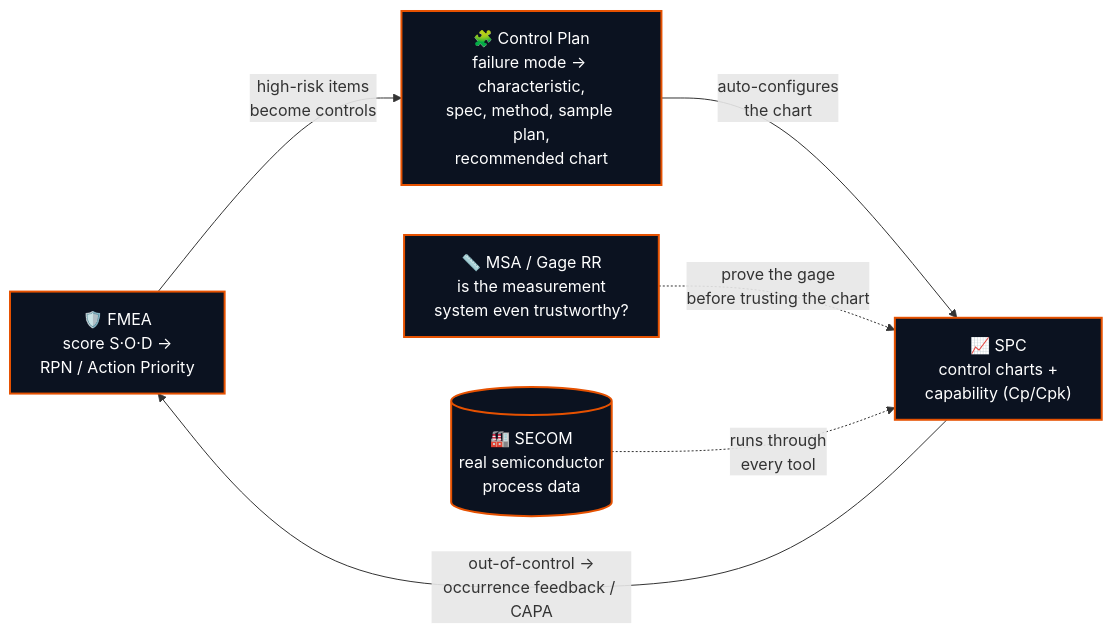
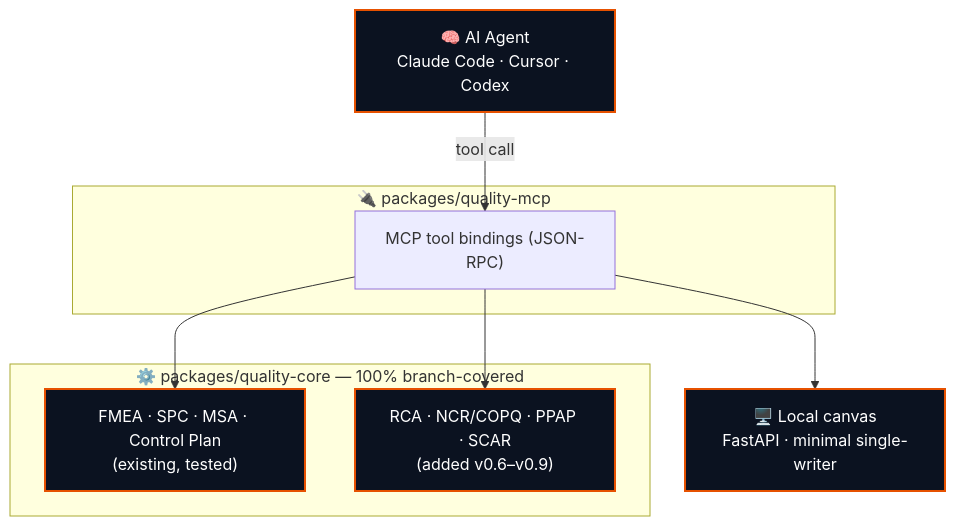
Before and after one commit to Siddardth7/quality-engineering-skills: the diagram in README.md, drawn with Mermaid. The commit also changed other lines of this file and 32 other files, not shown here.

````diff
--- a/README.md
+++ b/README.md
@@ -96,17 +73,18 @@
 ```mermaid
-flowchart LR
-    FMEA["🛡️ FMEA<br/>score S·O·D →<br/>RPN / Action Priority"]
-    CP["🧩 Control Plan<br/>failure mode → characteristic,<br/>spec, method, sample plan,<br/>recommended chart"]
-    SPC["📈 SPC<br/>control charts +<br/>capability (Cp/Cpk)"]
-    MSA["📏 MSA / Gage RR<br/>is the measurement<br/>system even trustworthy?"]
-    SECOM[("🏭 SECOM<br/>real semiconductor<br/>process data")]
+flowchart TB
+    Agent["🧠 AI Agent<br/>Claude Code · Cursor · Codex"]
+    subgraph MCP["🔌 packages/quality-mcp"]
+        Tools["MCP tool bindings (JSON-RPC)"]
+    end
+    subgraph Core["⚙️ packages/quality-core — 100% branch-covered"]
+        Existing["FMEA · SPC · MSA · Control Plan<br/>(existing, tested)"]
+        New["RCA · NCR/COPQ · PPAP · SCAR<br/>(added v0.6–v0.9)"]
+    end
+    Canvas["🖥️ Local canvas<br/>FastAPI · minimal single-writer"]
 
-    FMEA -->|"high-risk items<br/>become controls"| CP
-    CP -->|"auto-configures<br/>the chart"| SPC
-    SPC -->|"out-of-control →<br/>occurrence feedback / CAPA"| FMEA
-    MSA -.->|"prove the gage<br/>before trusting the chart"| SPC
-    SECOM -.->|"runs through<br/>every tool"| SPC
-
-    classDef live fill:#0b1220,stroke:#e65100,stroke-width:2px,color:#fff;
-    class FMEA,SPC,CP,MSA,SECOM live;
+    Agent -->|tool call| Tools
+    Tools --> Existing & New
+    Tools --> Canvas
+    classDef c fill:#0b1220,stroke:#e65100,stroke-width:2px,color:#fff;
+    class Agent,Existing,New,Canvas c;
 ```
````
